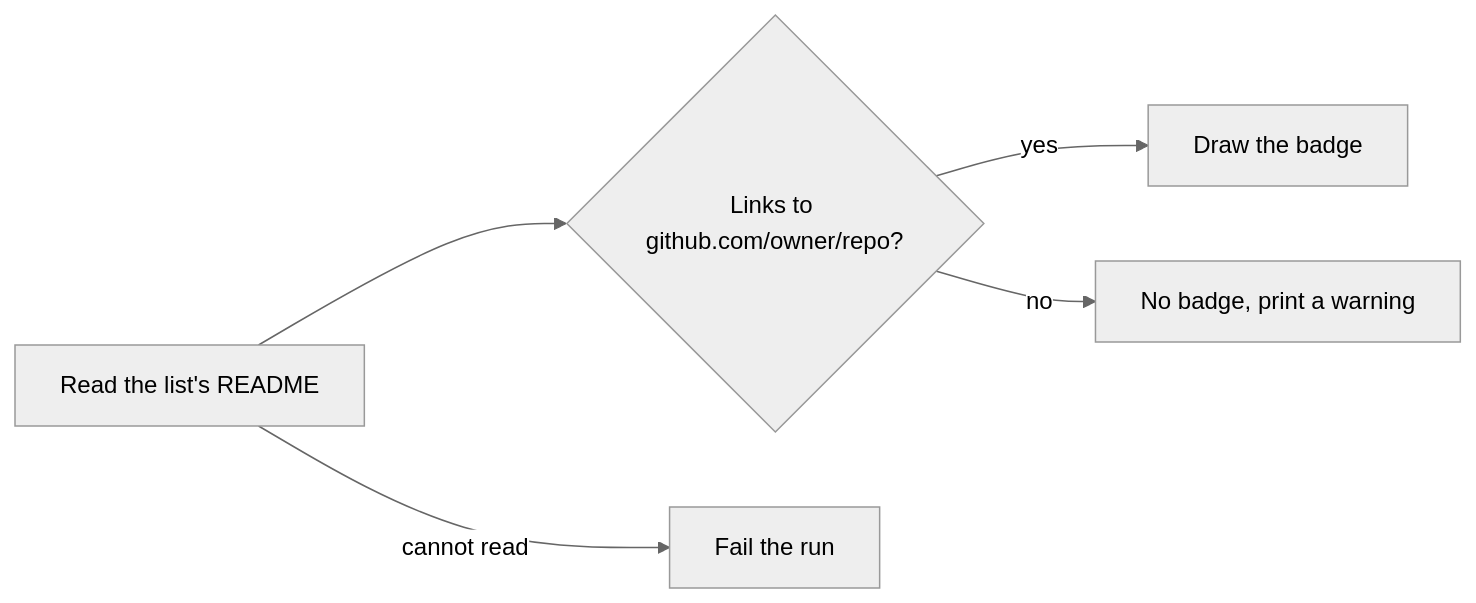
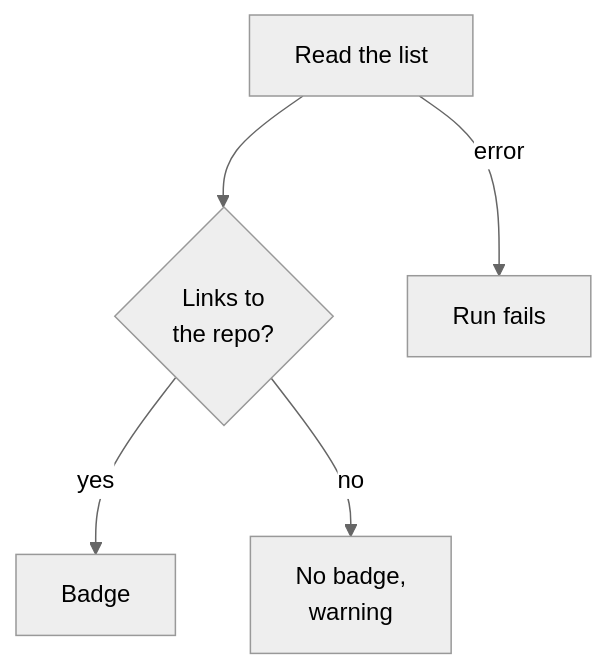
Before and after one commit to nao1215/action-readme-showcase: the second of 5 diagrams in README.md, drawn with Mermaid (neutral theme). The commit also changed other lines of this file, not shown here.

First line of the commit message:
docs: shorten mermaid labels so GitHub does not clip them

````diff
--- a/README.md
+++ b/README.md
@@ -168,7 +168,7 @@
 ```mermaid
-flowchart LR
-  read["Read the list's README"] --> link{"Links to github.com/owner/repo?"}
-  link -->|yes| badge["Draw the badge"]
-  link -->|no| warn["No badge, print a warning"]
-  read -->|cannot read| fail["Fail the run"]
+flowchart TD
+  read["Read the list"] --> link{"Links to<br>the repo?"}
+  link -->|yes| badge["Badge"]
+  link -->|no| warn["No badge,<br>warning"]
+  read -->|error| fail["Run fails"]
 ```
````
